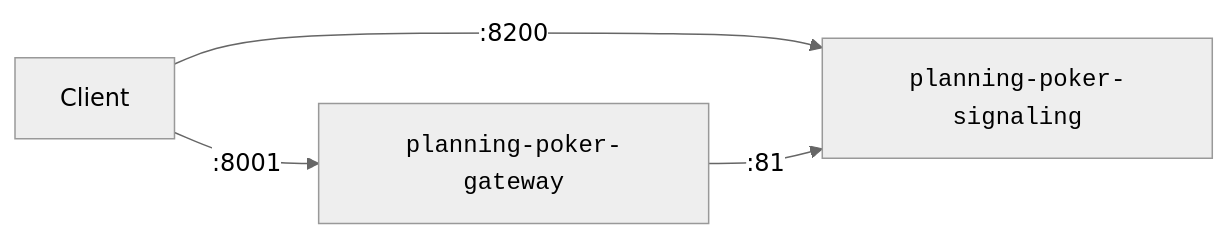
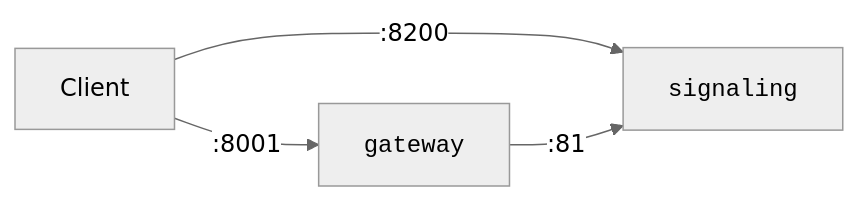
The second of 2 diagrams in README.md (bvfnbk/planning-poker), drawn with Mermaid (neutral theme) before and after one commit. The commit also changed other lines of this file and 20 other files, not shown here.

````diff
--- a/README.md
+++ b/README.md
@@ -92,9 +96,9 @@
 ```mermaid
 flowchart LR
-  Signaling["<code>planning-poker-signaling</code>"]
-  Gateway["<code>planning-poker-gateway</code>"]
+  Signaling["<code>signaling</code>"]
+  Gateway["<code>gateway</code>"]
   Client
   Client -- :8001 --> Gateway
   Client -- :8200 --> Signaling
   Gateway -- :81 --> Signaling
 ```
````
